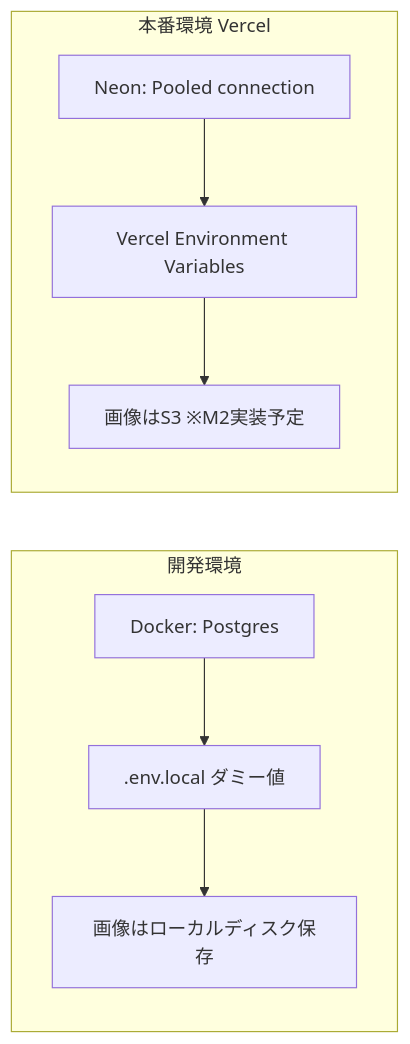
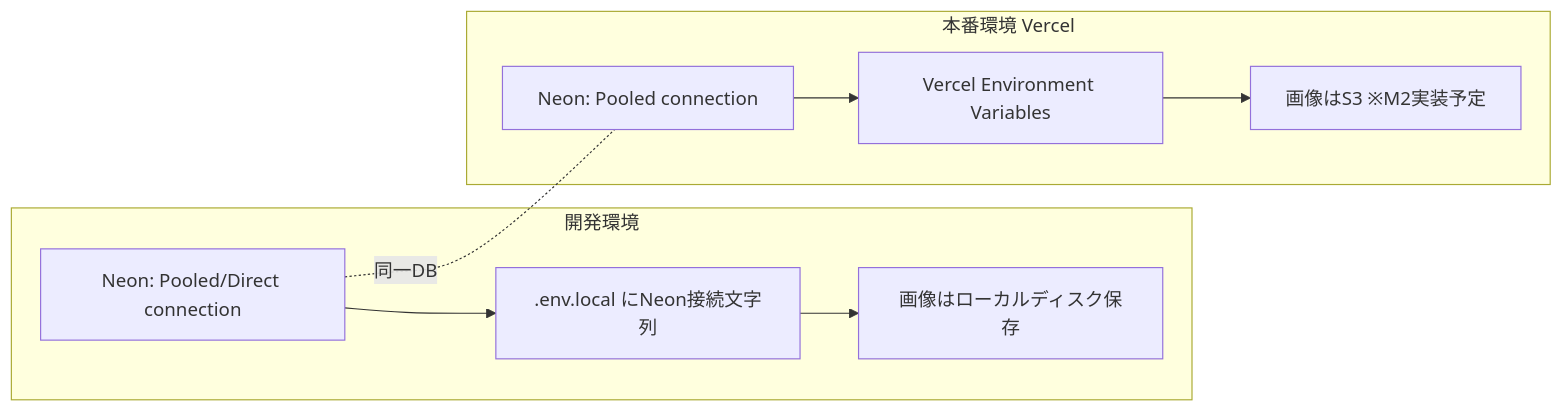
One commit to saitama-Agile2026/team-a changed the diagram in AGENTS.md. Above: the diagram before and after it, drawn with Mermaid. The commit also changed other lines of this file and 1 other file, not shown here.

````diff
--- a/AGENTS.md
+++ b/AGENTS.md
@@ -75,11 +77,12 @@
 ```mermaid
 flowchart LR
     subgraph 開発環境
-      D1[Docker: Postgres] --> D2[.env.local ダミー値]
+      D1[Neon: Pooled/Direct connection] --> D2[.env.local にNeon接続文字列]
       D2 --> D3[画像はローカルディスク保存]
     end
     subgraph 本番環境 Vercel
       P1[Neon: Pooled connection] --> P2[Vercel Environment Variables]
       P2 --> P3[画像はS3 ※M2実装予定]
     end
+    D1 -.同一DB.- P1
 ```
````
